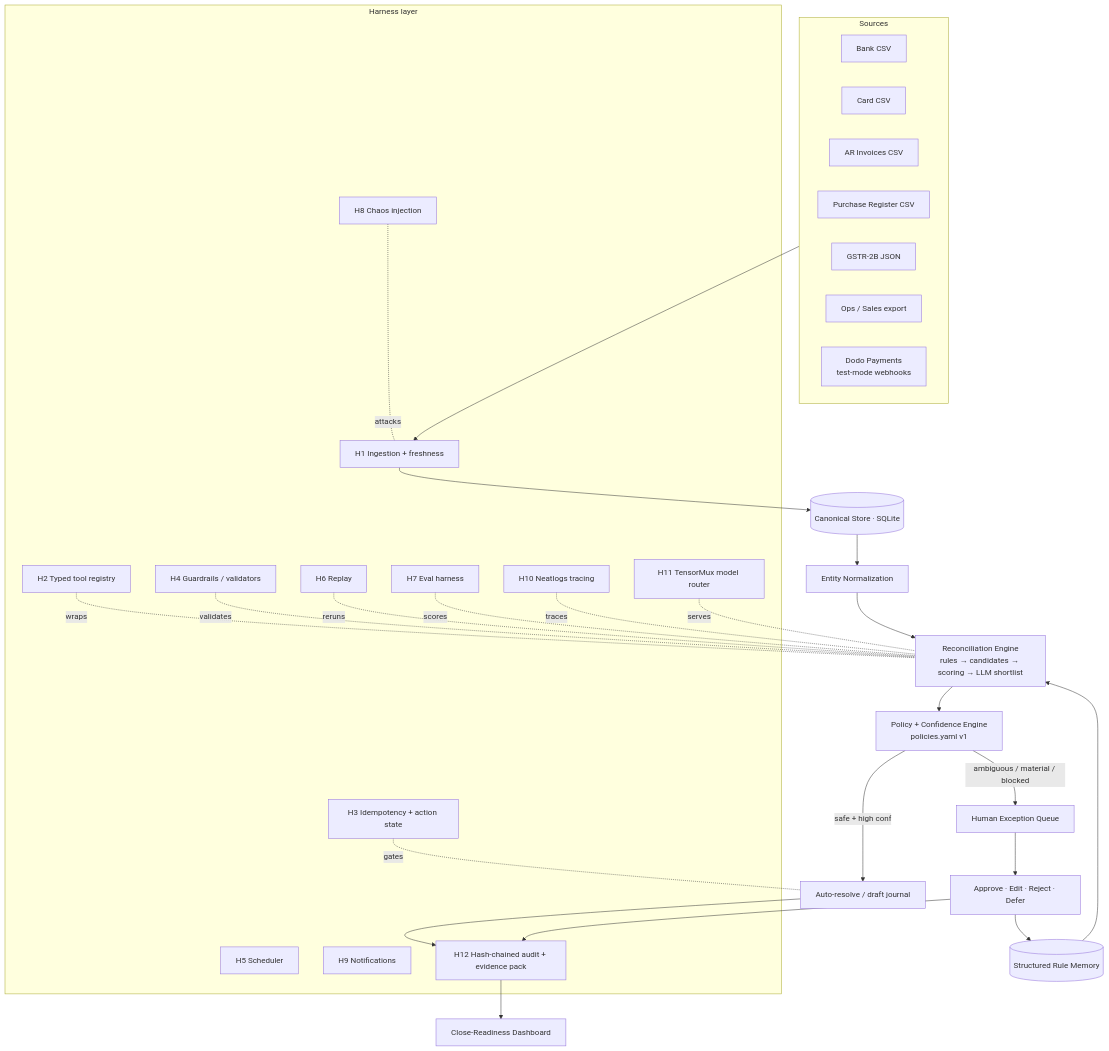
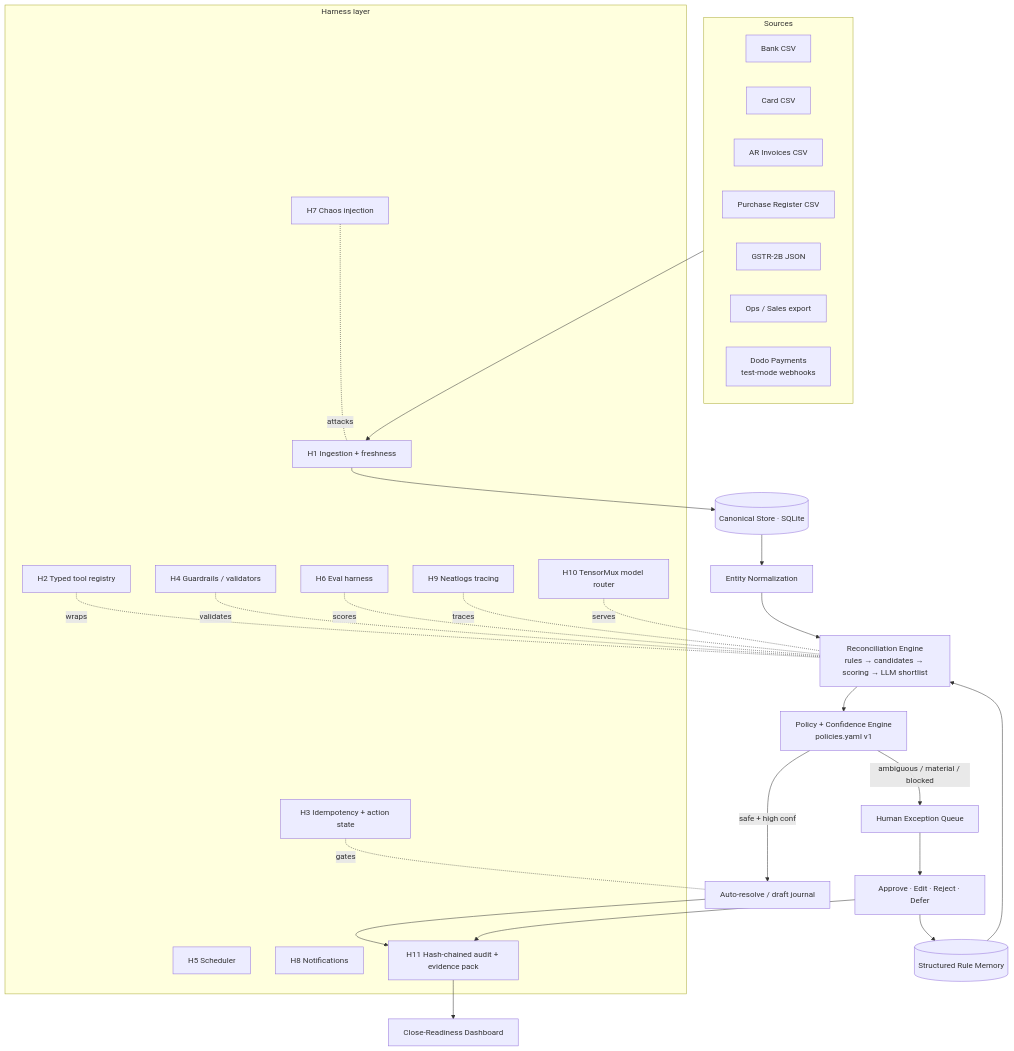
Before and after one commit to PrabhatChandraDwivedi/syndicateHackathon: the diagram in ARCHITECTURE.md, drawn with Mermaid. The commit also changed other lines of this file, not shown here.

````diff
--- a/ARCHITECTURE.md
+++ b/ARCHITECTURE.md
@@ -71,51 +71,49 @@
 ```mermaid
 flowchart TB
     subgraph SRC["Sources"]
       S1[Bank CSV]
       S2[Card CSV]
       S3[AR Invoices CSV]
       S4[Purchase Register CSV]
       S5[GSTR-2B JSON]
       S6[Ops / Sales export]
       S7["Dodo Payments<br/>test-mode webhooks"]
     end
 
     subgraph HARNESS["Harness layer"]
       ING[H1 Ingestion + freshness]
       TOOL[H2 Typed tool registry]
       IDEM[H3 Idempotency + action state]
       GUARD[H4 Guardrails / validators]
       SCHED[H5 Scheduler]
-      REPLAY[H6 Replay]
-      EVAL[H7 Eval harness]
-      CHAOS[H8 Chaos injection]
-      NOTIF[H9 Notifications]
-      OBS[H10 Neatlogs tracing]
-      LLM[H11 TensorMux model router]
-      AUD[H12 Hash-chained audit + evidence pack]
+      EVAL[H6 Eval harness]
+      CHAOS[H7 Chaos injection]
+      NOTIF[H8 Notifications]
+      OBS[H9 Neatlogs tracing]
+      LLM[H10 TensorMux model router]
+      AUD[H11 Hash-chained audit + evidence pack]
     end
 
     SRC --> ING --> CAN[(Canonical Store · SQLite)]
 
     CAN --> NORM[Entity Normalization]
     NORM --> ENG[Reconciliation Engine<br/>rules → candidates → scoring → LLM shortlist]
     MEM[(Structured Rule Memory)] --> ENG
     ENG --> POL[Policy + Confidence Engine<br/>policies.yaml v1]
 
     POL -->|safe + high conf| AUTO[Auto-resolve / draft journal]
     POL -->|ambiguous / material / blocked| HQ[Human Exception Queue]
     HQ --> DEC[Approve · Edit · Reject · Defer]
     DEC --> MEM
     AUTO --> AUD
     DEC --> AUD
     AUD --> CLOSE[Close-Readiness Dashboard]
 
     TOOL -.wraps.- ENG
     GUARD -.validates.- ENG
     LLM -.serves.- ENG
     OBS -.traces.- ENG
     IDEM -.gates.- AUTO
     EVAL -.scores.- ENG
     CHAOS -.attacks.- ING
-    REPLAY -.reruns.- ENG
 ```
````
